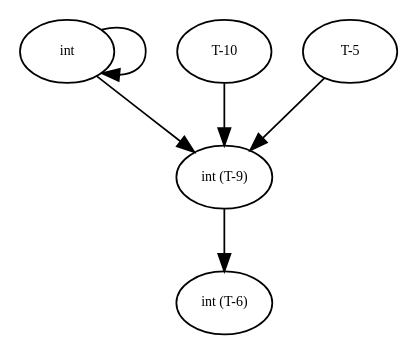
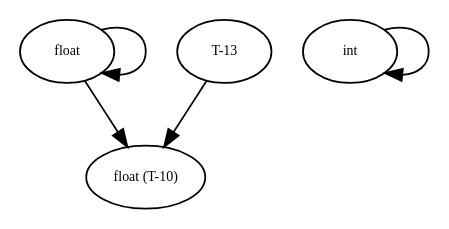
The diagram in graphs/debug_tree2.dot (amso100/livescript-declarations), drawn with Graphviz before and after one commit. The commit also changed 12 other files, not shown here.

```diff
--- a/graphs/debug_tree2.dot
+++ b/graphs/debug_tree2.dot
@@ -1,46 +1,37 @@
 digraph RGL__DirectedAdjacencyGraph {
+    float [
+        fontsize = 8,
+        label = float
+    ]
+
+    "float (T-10)" [
+        fontsize = 8,
+        label = "float (T-10)"
+    ]
+
+    "T-13" [
+        fontsize = 8,
+        label = "T-13"
+    ]
+
     int [
         fontsize = 8,
         label = int
     ]
 
-    "int (T-9)" [
-        fontsize = 8,
-        label = "int (T-9)"
+    float -> float [
+        fontsize = 8
     ]
 
-    "int (T-6)" [
-        fontsize = 8,
-        label = "int (T-6)"
+    float -> "float (T-10)" [
+        fontsize = 8
     ]
 
-    "T-10" [
-        fontsize = 8,
-        label = "T-10"
-    ]
-
-    "T-5" [
-        fontsize = 8,
-        label = "T-5"
+    "T-13" -> "float (T-10)" [
+        fontsize = 8
     ]
 
     int -> int [
         fontsize = 8
     ]
-
-    int -> "int (T-9)" [
-        fontsize = 8
-    ]
-
-    "int (T-9)" -> "int (T-6)" [
-        fontsize = 8
-    ]
-
-    "T-10" -> "int (T-9)" [
-        fontsize = 8
-    ]
-
-    "T-5" -> "int (T-9)" [
-        fontsize = 8
-    ]
 }
```
